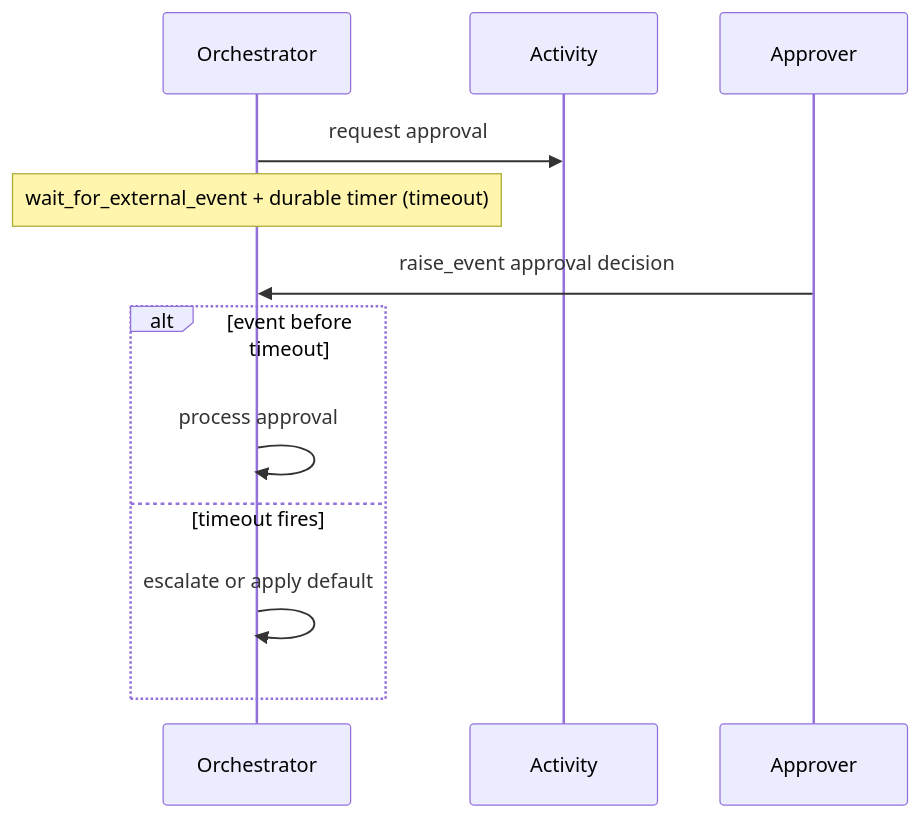
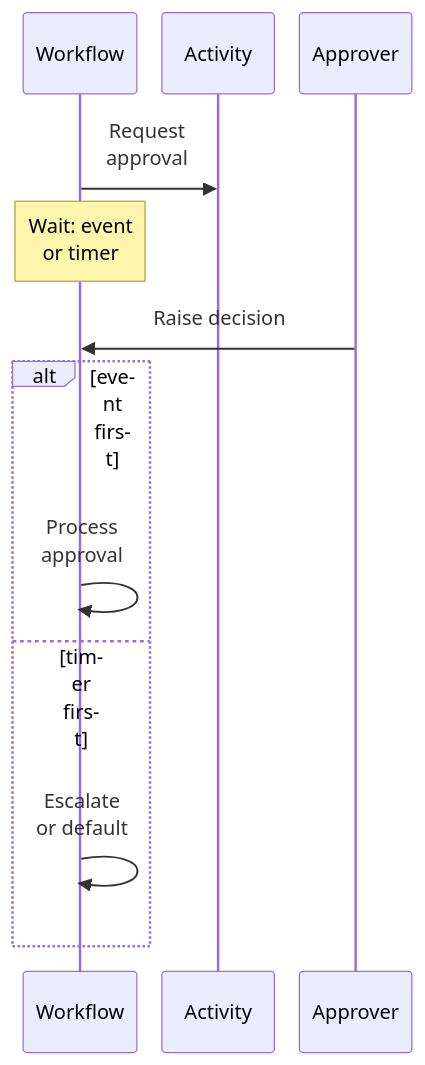
One commit to yeongseon/azure-functions-practical-guide changed the sixth of 6 diagrams in docs/platform/durable-functions.md. Above: the diagram before and after it, drawn with Mermaid. The commit also changed other lines of this file and 1 other file, not shown here.

First line of the commit message:
docs(diagrams): improve Durable Functions diagram accessibility and layout

````diff
--- a/docs/platform/durable-functions.md
+++ b/docs/platform/durable-functions.md
@@ -194,14 +231,17 @@
 ```mermaid
+%%{init: {"sequence": {"width": 90, "actorMargin": 20, "diagramMarginX": 10, "wrap": false}}}%%
 sequenceDiagram
-    participant Orc as Orchestrator
+    accTitle: Human response or durable timeout
+    accDescr: An orchestrator requests approval through an activity and waits for an external event alongside a durable timer. It processes an approval arriving before timeout, or escalates or applies a default when the timer wins. Messages summarize logical API operations, not direct network calls to orchestrator code.
+    participant Orc as Workflow
     participant Act as Activity
     participant App as Approver
-    Orc->>Act: request approval
-    Note over Orc: wait_for_external_event + durable timer (timeout)
-    App->>Orc: raise_event approval decision
-    alt event before timeout
-        Orc->>Orc: process approval
-    else timeout fires
-        Orc->>Orc: escalate or apply default
+    Orc->>Act: Request<br/>approval
+    Note over Orc: Wait: event<br/>or timer
+    App->>Orc: Raise decision
+    alt event first
+        Orc->>Orc: Process<br/>approval
+    else timer first
+        Orc->>Orc: Escalate<br/>or default
     end
 ```
````
